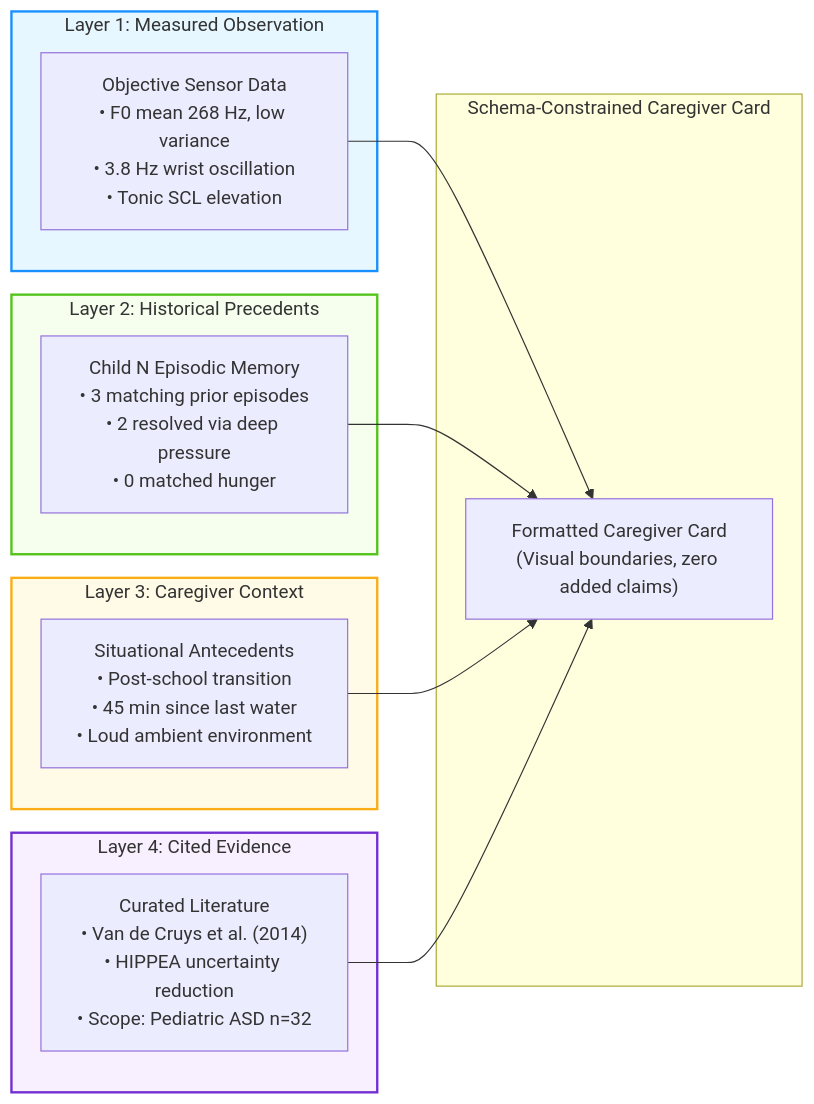
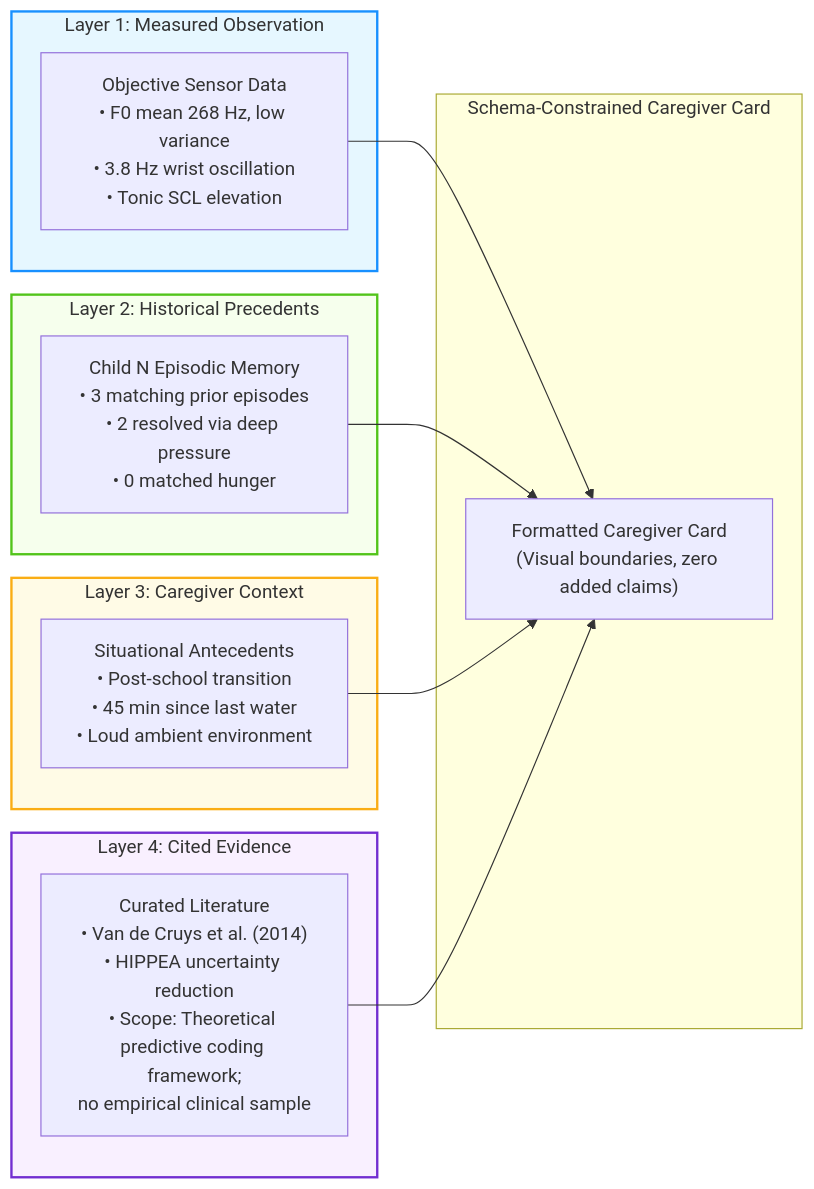
One commit to olostan/project_n changed the fourth of 4 diagrams in docs/WHITE_PAPER.md. Above: the diagram before and after it, drawn with Mermaid. The commit also changed other lines of this file and 10 other files, not shown here.

````diff
--- a/docs/WHITE_PAPER.md
+++ b/docs/WHITE_PAPER.md
@@ -217,27 +225,27 @@
 ```mermaid
 graph LR
     subgraph L1 [Layer 1: Measured Observation]
         L1_data["Objective Sensor Data<br/>• F0 mean 268 Hz, low variance<br/>• 3.8 Hz wrist oscillation<br/>• Tonic SCL elevation"]
     end
 
     subgraph L2 [Layer 2: Historical Precedents]
         L2_data["Child N Episodic Memory<br/>• 3 matching prior episodes<br/>• 2 resolved via deep pressure<br/>• 0 matched hunger"]
     end
 
     subgraph L3 [Layer 3: Caregiver Context]
         L3_data["Situational Antecedents<br/>• Post-school transition<br/>• 45 min since last water<br/>• Loud ambient environment"]
     end
 
     subgraph L4 [Layer 4: Cited Evidence]
-        L4_data["Curated Literature<br/>• Van de Cruys et al. (2014)<br/>• HIPPEA uncertainty reduction<br/>• Scope: Pediatric ASD n=32"]
+        L4_data["Curated Literature<br/>• Van de Cruys et al. (2014)<br/>• HIPPEA uncertainty reduction<br/>• Scope: Theoretical predictive coding framework;<br/>no empirical clinical sample"]
     end
 
     subgraph OutputCard [Schema-Constrained Caregiver Card]
         L1_data & L2_data & L3_data & L4_data --> Card["Formatted Caregiver Card<br/>(Visual boundaries, zero added claims)"]
     end
 
     style L1 fill:#e6f7ff,stroke:#1890ff,stroke-width:2px
     style L2 fill:#f6ffed,stroke:#52c41a,stroke-width:2px
     style L3 fill:#fffbe6,stroke:#faad14,stroke-width:2px
     style L4 fill:#f9f0ff,stroke:#722ed1,stroke-width:2px
 ```
````
